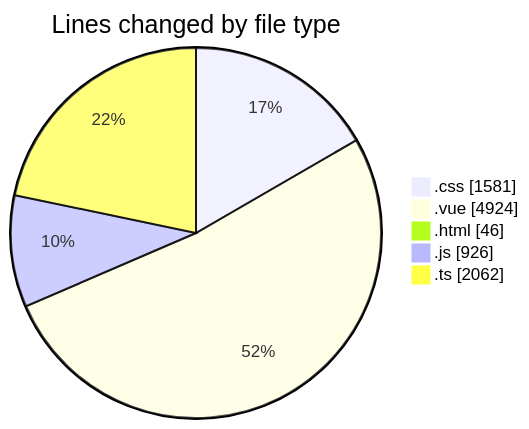
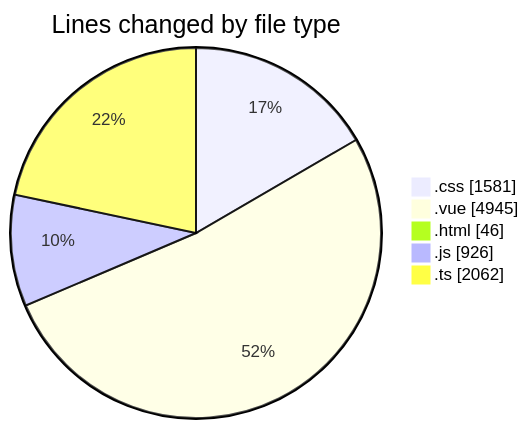
The first of 2 diagrams in 2025-08-18/rentotp/README.md (lephambinh05/code-tracking), drawn with Mermaid before and after one commit. The commit also changed other lines of this file and 1 other file, not shown here.

````diff
--- a/2025-08-18/rentotp/README.md
+++ b/2025-08-18/rentotp/README.md
@@ -51,9 +51,9 @@
 ```mermaid
 pie showData
 title Lines changed by file type
 ".css" : 1581
-".vue" : 4924
+".vue" : 4945
 ".html" : 46
 ".js" : 926
 ".ts" : 2062
 ```
````
